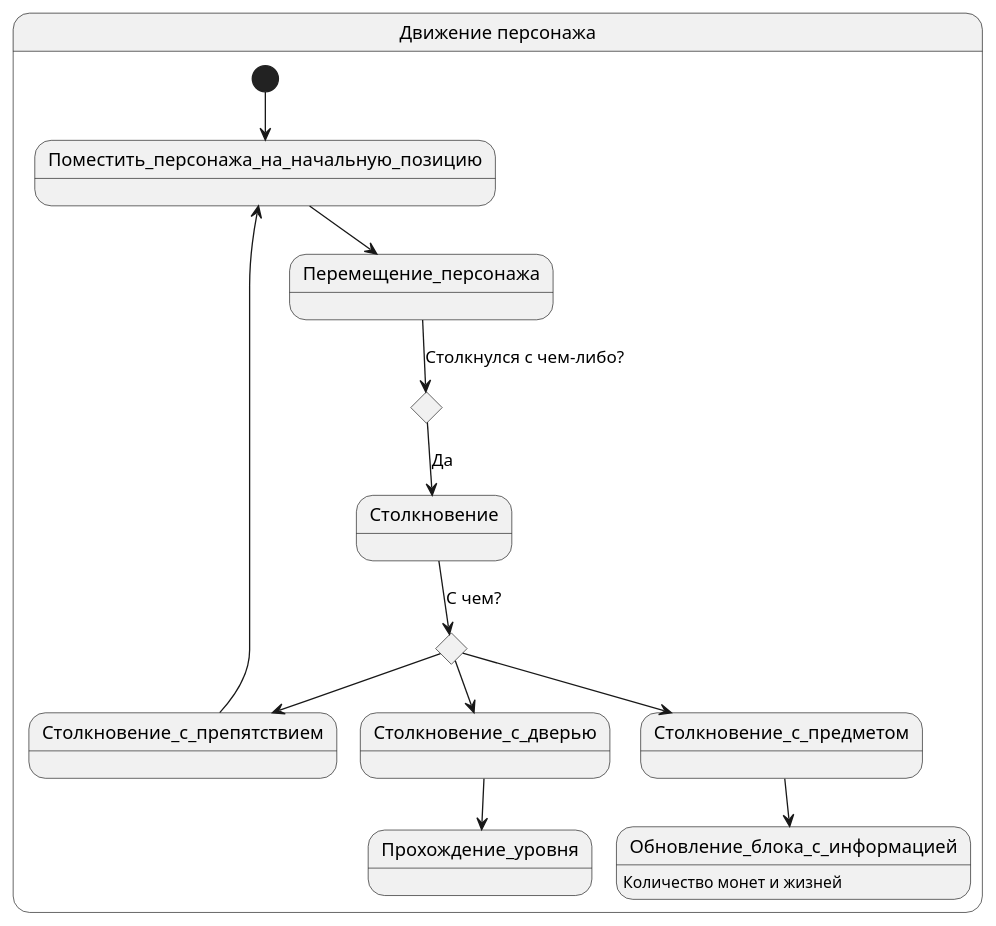
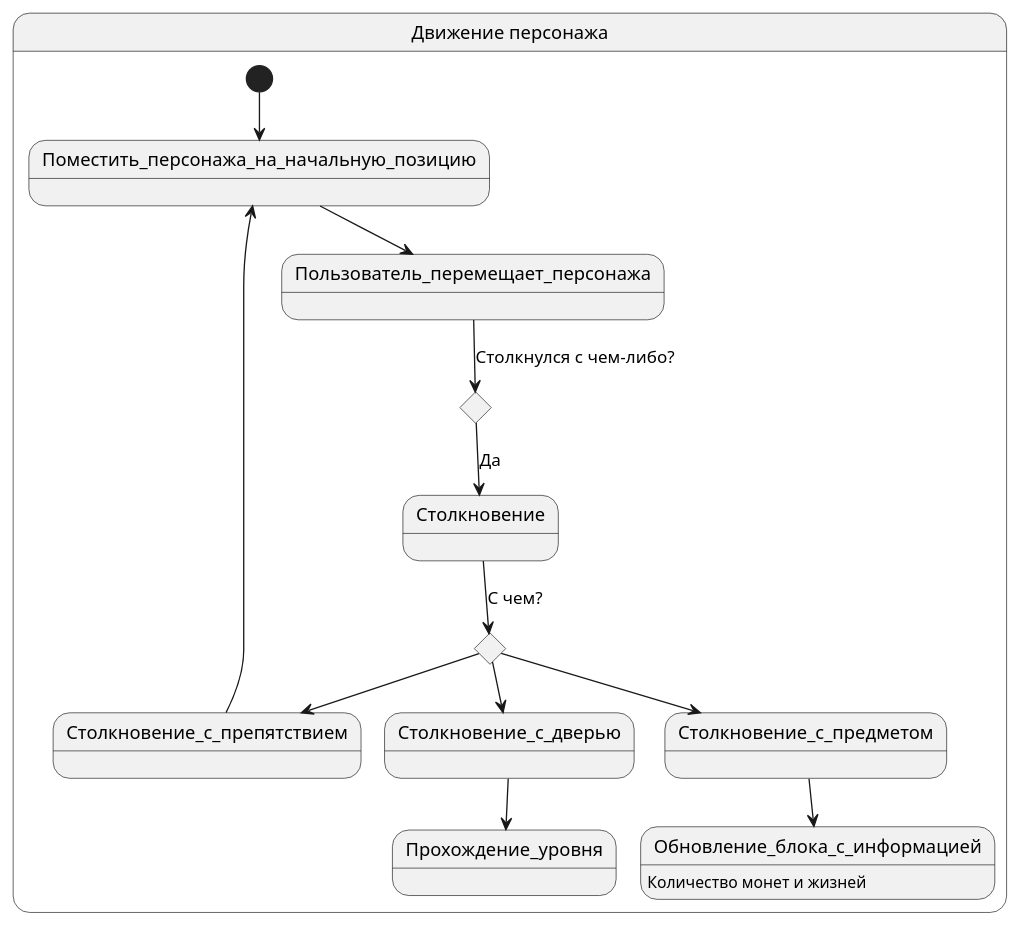
The diagram in docs/diagrams/state_diagram_player.puml (Muuuve/My-Project), drawn with PlantUML before and after one commit. The commit also changed 6 other files, not shown here.

```diff
--- a/docs/diagrams/state_diagram_player.puml
+++ b/docs/diagrams/state_diagram_player.puml
@@ -1,18 +1,18 @@
 @startuml
 state "Движение персонажа" as Moving {
   [*] --> Поместить_персонажа_на_начальную_позицию
-  Поместить_персонажа_на_начальную_позицию --> Перемещение_персонажа
+  Поместить_персонажа_на_начальную_позицию --> Пользователь_перемещает_персонажа
   state choice1 <<choice>>
   state choice2 <<choice>>
-  Перемещение_персонажа --> choice1 : Столкнулся с чем-либо?
+  Пользователь_перемещает_персонажа --> choice1 : Столкнулся с чем-либо?
   choice1 --> Столкновение : Да
   Столкновение --> choice2 : С чем?
   choice2 --> Столкновение_с_предметом 
   Столкновение_с_предметом --> Обновление_блока_с_информацией
   Обновление_блока_с_информацией : Количество монет и жизней
   choice2 --> Столкновение_с_препятствием 
   Столкновение_с_препятствием ---> Поместить_персонажа_на_начальную_позицию
   choice2 --> Столкновение_с_дверью
   Столкновение_с_дверью --> Прохождение_уровня
 }
 @enduml
```
